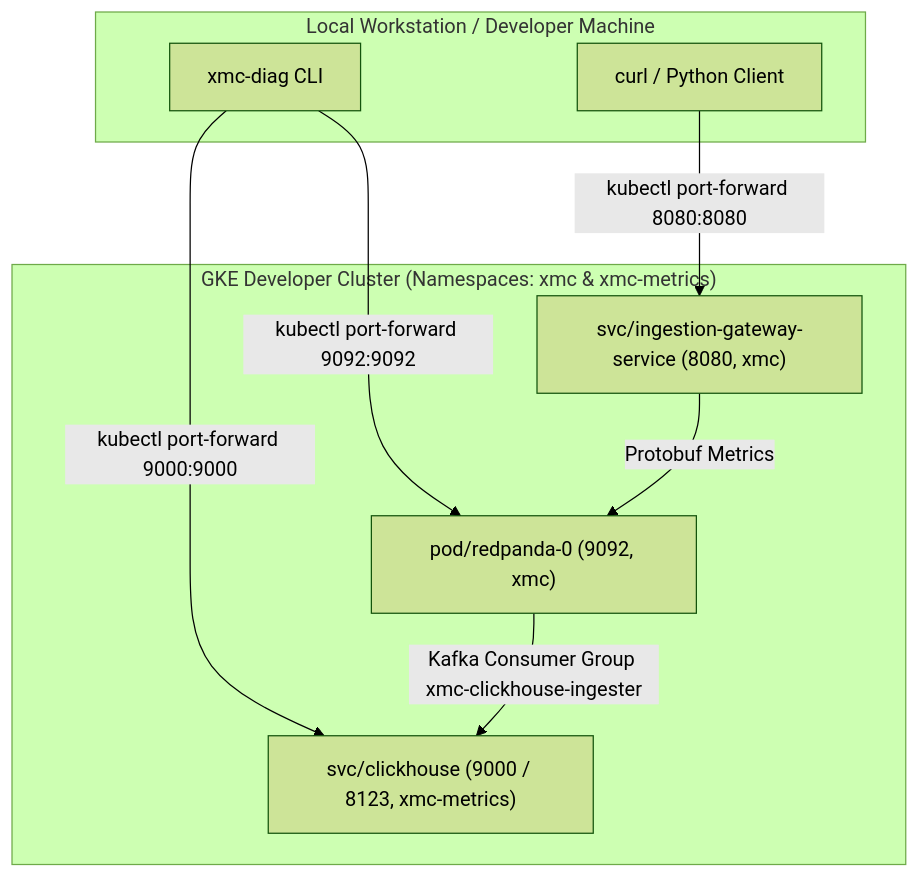
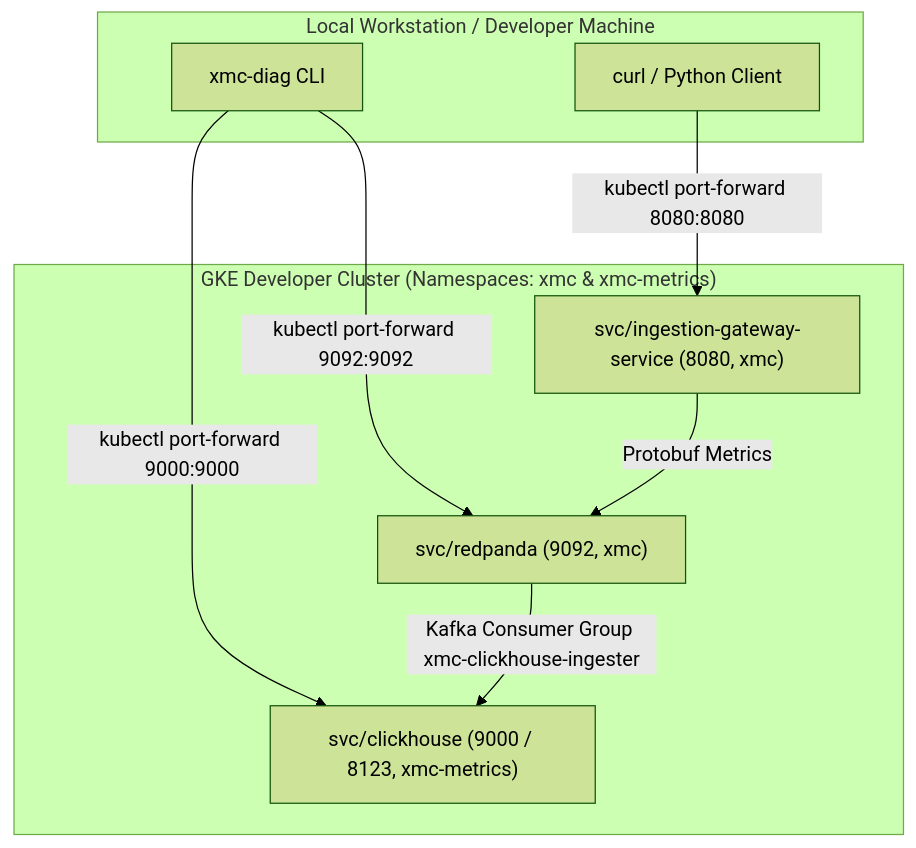
Before and after one commit to google/xmc: the diagram in deploy/local/README.md, drawn with Mermaid (forest theme). The commit also changed other lines of this file and 5 other files, not shown here.

````diff
--- a/deploy/local/README.md
+++ b/deploy/local/README.md
@@ -13,19 +13,19 @@
 ```mermaid
 flowchart TD
     subgraph "Local Workstation / Developer Machine"
         DIAG["xmc-diag CLI"]
         CURL["curl / Python Client"]
     end
 
     subgraph "GKE Developer Cluster (Namespaces: xmc & xmc-metrics)"
         GW["svc/ingestion-gateway-service (8080, xmc)"]
-        RP["pod/redpanda-0 (9092, xmc)"]
+        RP["svc/redpanda (9092, xmc)"]
         CH["svc/clickhouse (9000 / 8123, xmc-metrics)"]
     end
 
     CURL -->|kubectl port-forward 8080:8080| GW
     DIAG -->|kubectl port-forward 9000:9000| CH
     DIAG -->|kubectl port-forward 9092:9092| RP
     GW -->|Protobuf Metrics| RP
     RP -->|Kafka Consumer Group xmc-clickhouse-ingester| CH
 ```
````
